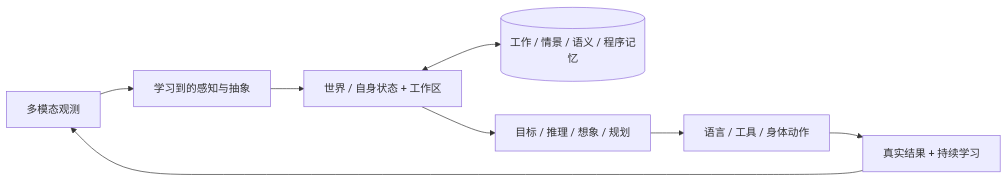
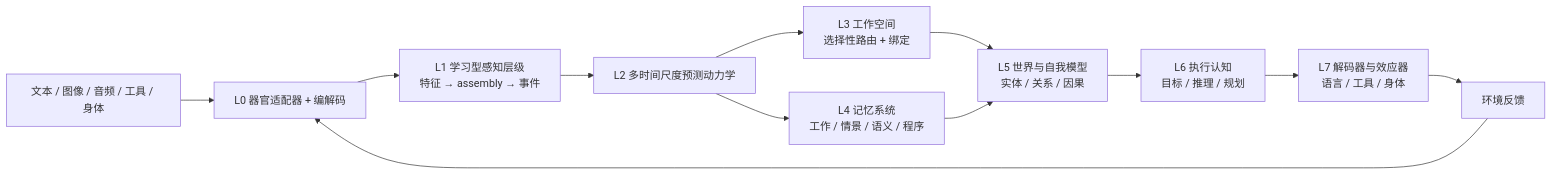
One commit to liulang5945-netizen/Seed changed the diagram in README.zh-CN.md. Above: the diagram before and after it, drawn with Mermaid. The commit also changed other lines of this file and 2 other files, not shown here.

Commit message:
docs: restructure READMEs to architecture + capabilities + status

````diff
--- a/README.zh-CN.md
+++ b/README.zh-CN.md
@@ -39,10 +30,13 @@
 ```mermaid
 flowchart LR
-    obs[多模态观测] --> perc[学习到的感知与抽象]
-    perc --> state[世界 / 自身状态 + 工作区]
-    state <--> mem[(工作 / 情景 / 语义 / 程序记忆)]
-    state --> goals[目标 / 推理 / 想象 / 规划]
-    goals --> act[语言 / 工具 / 身体动作]
-    act --> outcome[真实结果 + 持续学习]
-    outcome --> obs
+    obs[文本 / 图像 / 音频 / 工具 / 身体] --> L0[L0 器官适配器 + 编解码]
+    L0 --> L1[L1 学习型感知层级<br/>特征 → assembly → 事件]
+    L1 --> L2[L2 多时间尺度预测动力学]
+    L2 --> L3[L3 工作空间<br/>选择性路由 + 绑定]
+    L2 --> L4[L4 记忆系统<br/>工作 / 情景 / 语义 / 程序]
+    L3 --> L5[L5 世界与自我模型<br/>实体 / 关系 / 因果]
+    L4 --> L5
+    L5 --> L6[L6 执行认知<br/>目标 / 推理 / 规划]
+    L6 --> L7[L7 解码器与效应器<br/>语言 / 工具 / 身体]
+    L7 --> fb[环境反馈] --> L0
 ```
````
